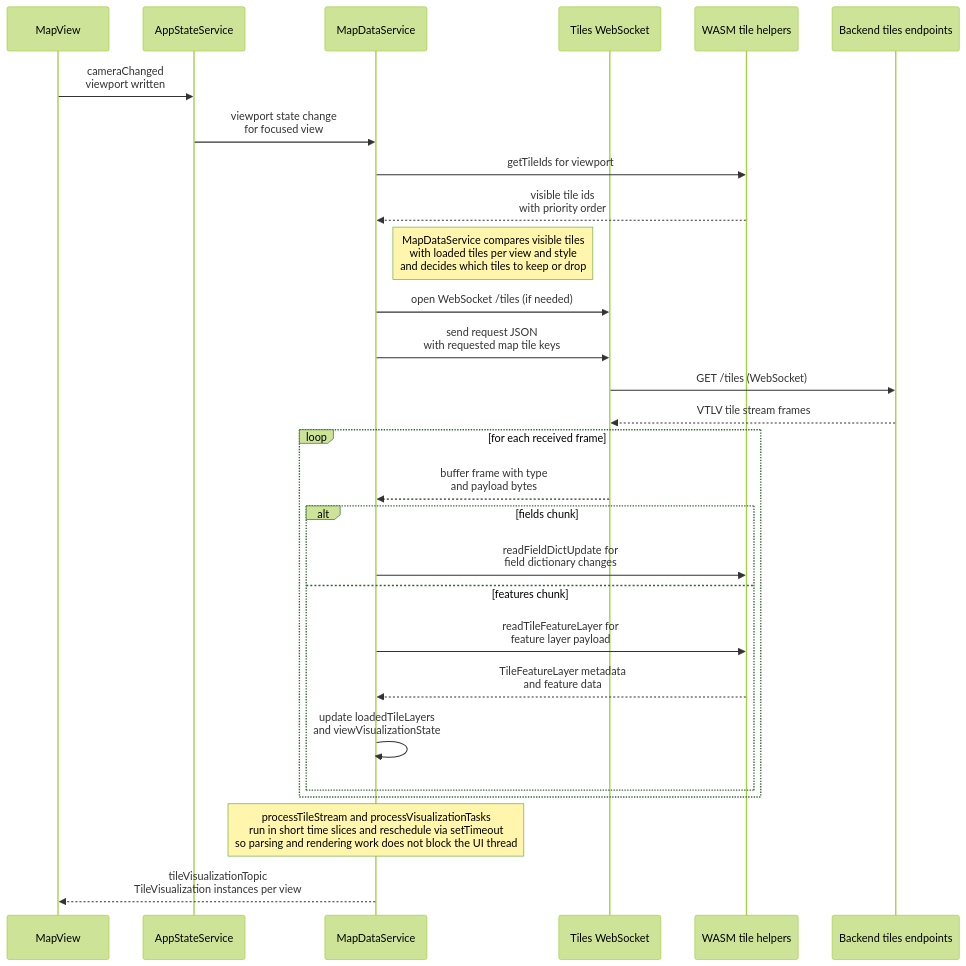
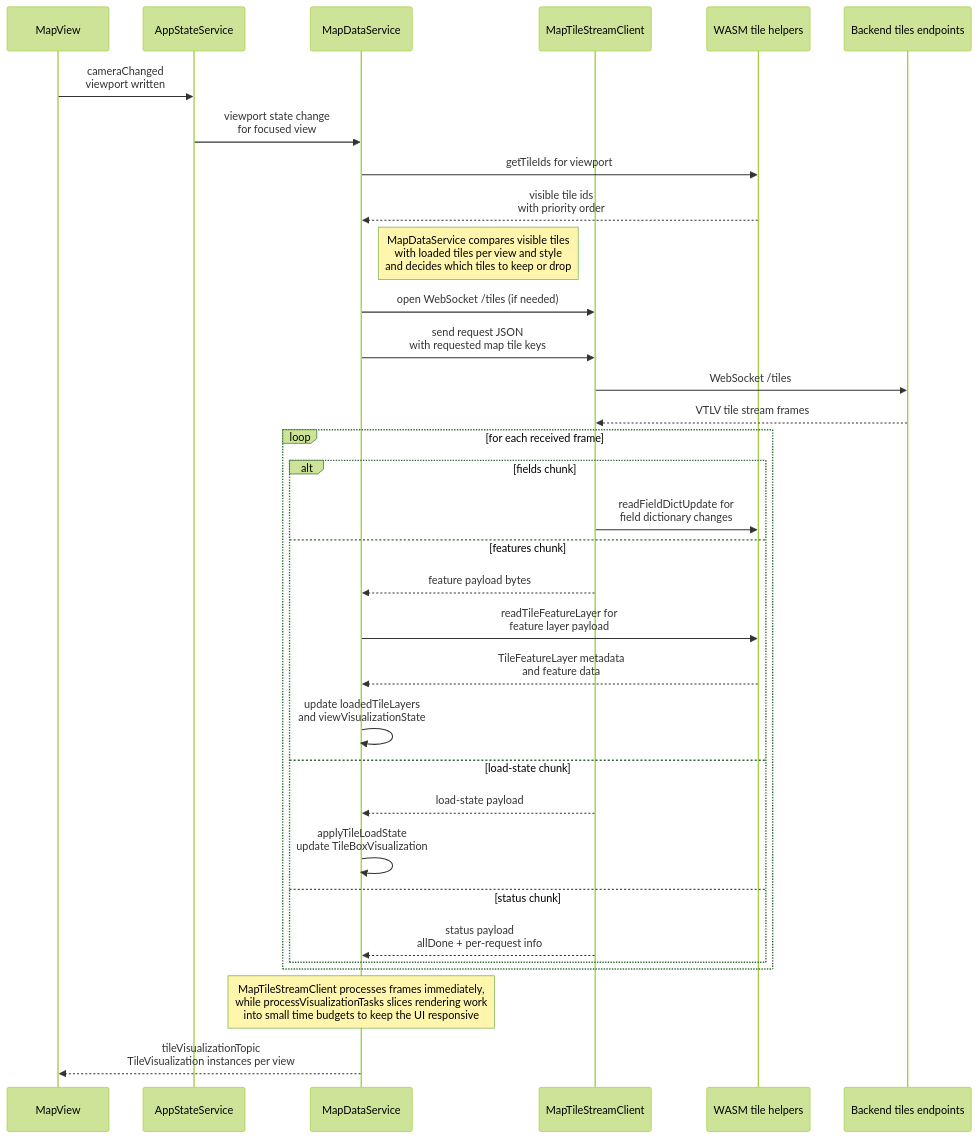
One commit to ndsev/erdblick changed the seventh of 10 diagrams in docs/erdblick-dev-guide.md. Above: the diagram before and after it, drawn with Mermaid (forest theme). The commit also changed other lines of this file and 1 other file, not shown here.

Commit message:
Update docs regarding tile streaming UX/protocol updates.

````diff
--- a/docs/erdblick-dev-guide.md
+++ b/docs/erdblick-dev-guide.md
@@ -290,36 +296,41 @@
 ```mermaid
 sequenceDiagram
   participant View as MapView
   participant State as AppStateService
   participant MapSvc as MapDataService
-  participant TilesWS as Tiles WebSocket
+  participant TilesWS as MapTileStreamClient
   participant Core as WASM tile helpers
   participant Backend as Backend tiles endpoints
 
   View->>State: cameraChanged<br>viewport written
   State->>MapSvc: viewport state change<br>for focused view
   MapSvc->>Core: getTileIds for viewport
   Core-->>MapSvc: visible tile ids<br>with priority order
 
   Note right of MapSvc: MapDataService compares visible tiles<br>with loaded tiles per view and style<br>and decides which tiles to keep or drop
 
   MapSvc->>TilesWS: open WebSocket /tiles (if needed)
   MapSvc->>TilesWS: send request JSON<br>with requested map tile keys
-  TilesWS->>Backend: GET /tiles (WebSocket)
+  TilesWS->>Backend: WebSocket /tiles
   Backend-->>TilesWS: VTLV tile stream frames
 
   loop for each received frame
-    TilesWS-->>MapSvc: buffer frame with type<br>and payload bytes
     alt fields chunk
-      MapSvc->>Core: readFieldDictUpdate for<br>field dictionary changes
+      TilesWS->>Core: readFieldDictUpdate for<br>field dictionary changes
     else features chunk
+      TilesWS-->>MapSvc: feature payload bytes
       MapSvc->>Core: readTileFeatureLayer for<br>feature layer payload
       Core-->>MapSvc: TileFeatureLayer metadata<br>and feature data
       MapSvc->>MapSvc: update loadedTileLayers<br>and viewVisualizationState
+    else load-state chunk
+      TilesWS-->>MapSvc: load-state payload
+      MapSvc->>MapSvc: applyTileLoadState<br>update TileBoxVisualization
+    else status chunk
+      TilesWS-->>MapSvc: status payload<br>allDone + per-request info
     end
   end
 
-  Note over MapSvc: processTileStream and processVisualizationTasks<br>run in short time slices and reschedule via setTimeout<br>so parsing and rendering work does not block the UI thread
+  Note over MapSvc: MapTileStreamClient processes frames immediately,<br>while processVisualizationTasks slices rendering work<br>into small time budgets to keep the UI responsive
 
   MapSvc-->>View: tileVisualizationTopic<br>TileVisualization instances per view
 ```
````
